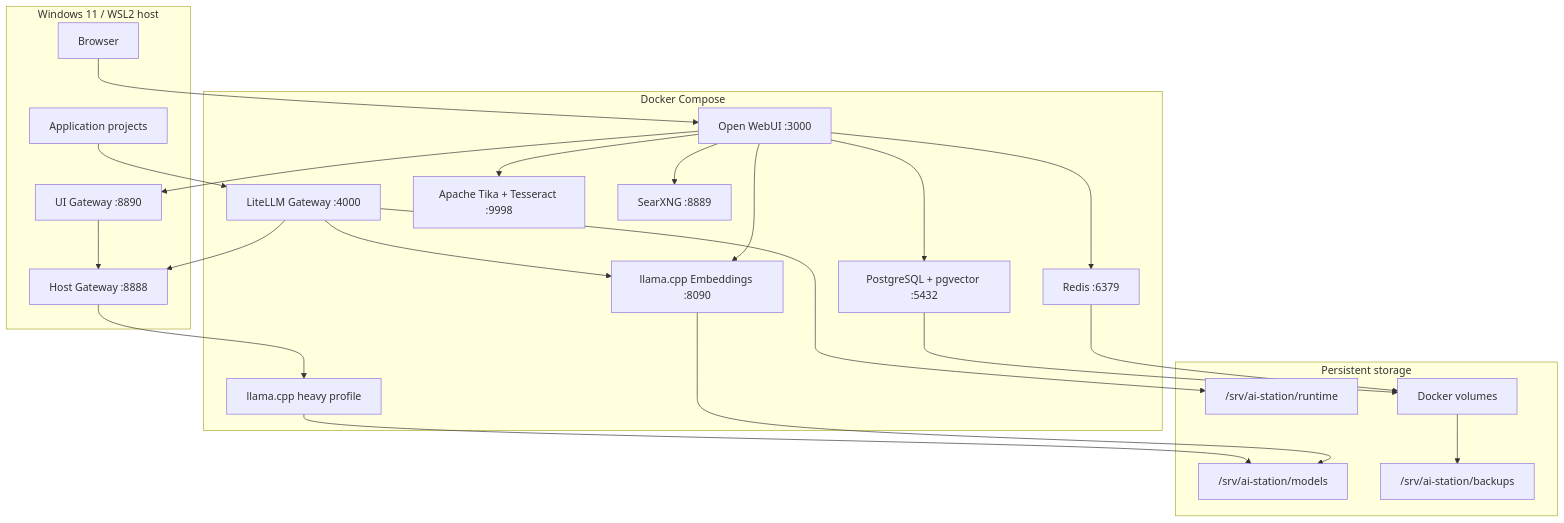
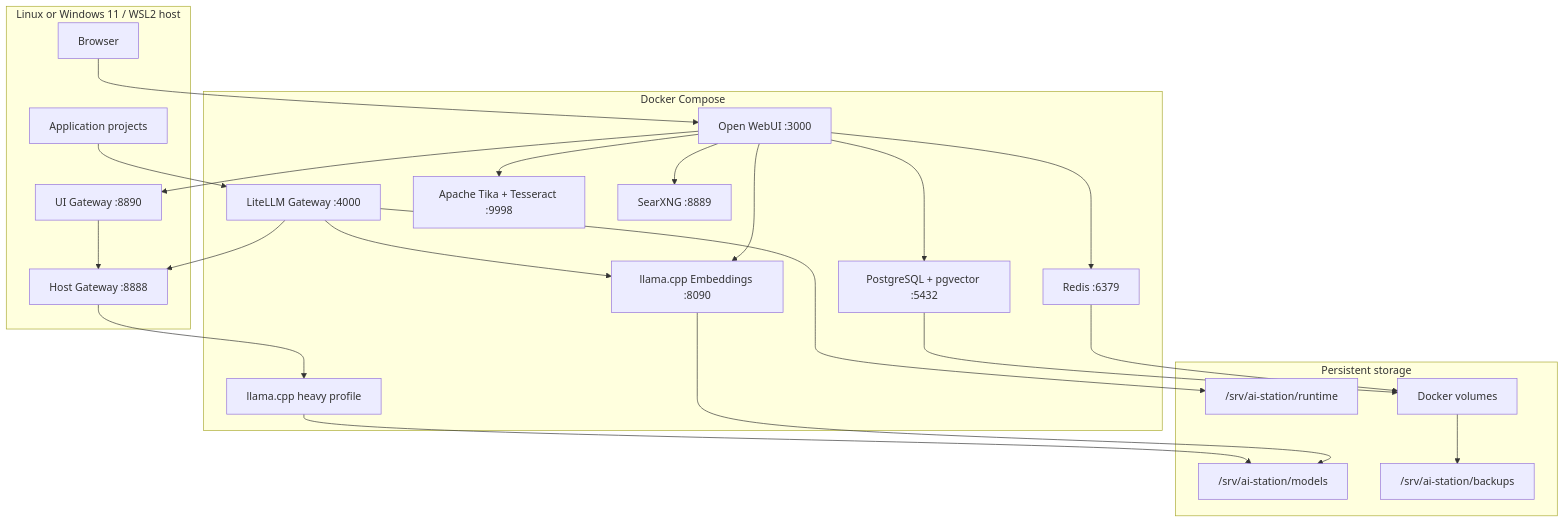
Before and after one commit to Ramtin-Karbaschi/ai-station: the diagram in docs/ARCHITECTURE.md, drawn with Mermaid. The commit also changed other lines of this file and 18 other files, not shown here.

First line of the commit message:
fix: track Postgres schema and restore operator execute bits

```diff
--- a/docs/ARCHITECTURE.md
+++ b/docs/ARCHITECTURE.md
@@ -18,48 +18,48 @@
 ~~~mermaid
 flowchart TB
-    subgraph Host["Windows 11 / WSL2 host"]
+    subgraph Host["Linux or Windows 11 / WSL2 host"]
         Browser["Browser"]
         Apps["Application projects"]
         UIGateway["UI Gateway :8890"]
         Gateway["Host Gateway :8888"]
     end
 
     subgraph Docker["Docker Compose"]
         WebUI["Open WebUI :3000"]
         LiteLLM["LiteLLM Gateway :4000"]
         LLM["llama.cpp heavy profile"]
         Embedder["llama.cpp Embeddings :8090"]
         Tika["Apache Tika + Tesseract :9998"]
         Search["SearXNG :8889"]
         Postgres["PostgreSQL + pgvector :5432"]
         Redis["Redis :6379"]
     end
 
     subgraph Storage["Persistent storage"]
         Models["/srv/ai-station/models"]
         Runtime["/srv/ai-station/runtime"]
         Backups["/srv/ai-station/backups"]
         Volumes["Docker volumes"]
     end
 
     Browser --> WebUI
     WebUI --> UIGateway
     UIGateway --> Gateway
     Gateway --> LLM
     Apps --> LiteLLM
     LiteLLM --> Gateway
     LiteLLM --> Embedder
 
     WebUI --> Embedder
     WebUI --> Tika
     WebUI --> Search
     WebUI --> Postgres
     WebUI --> Redis
 
     LLM --> Models
     Embedder --> Models
     Postgres --> Volumes
     Redis --> Volumes
     Volumes --> Backups
     LiteLLM --> Runtime
 ~~~
```
